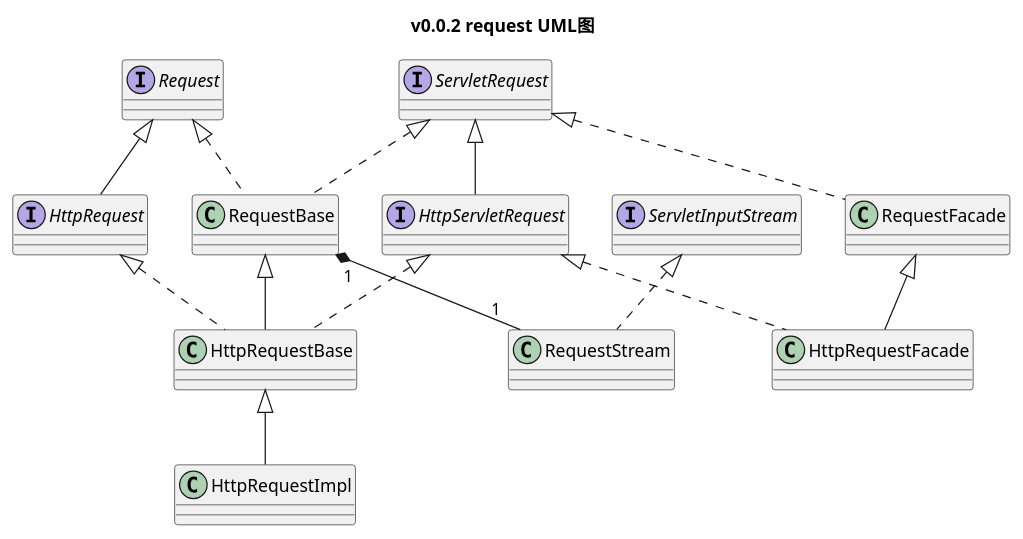
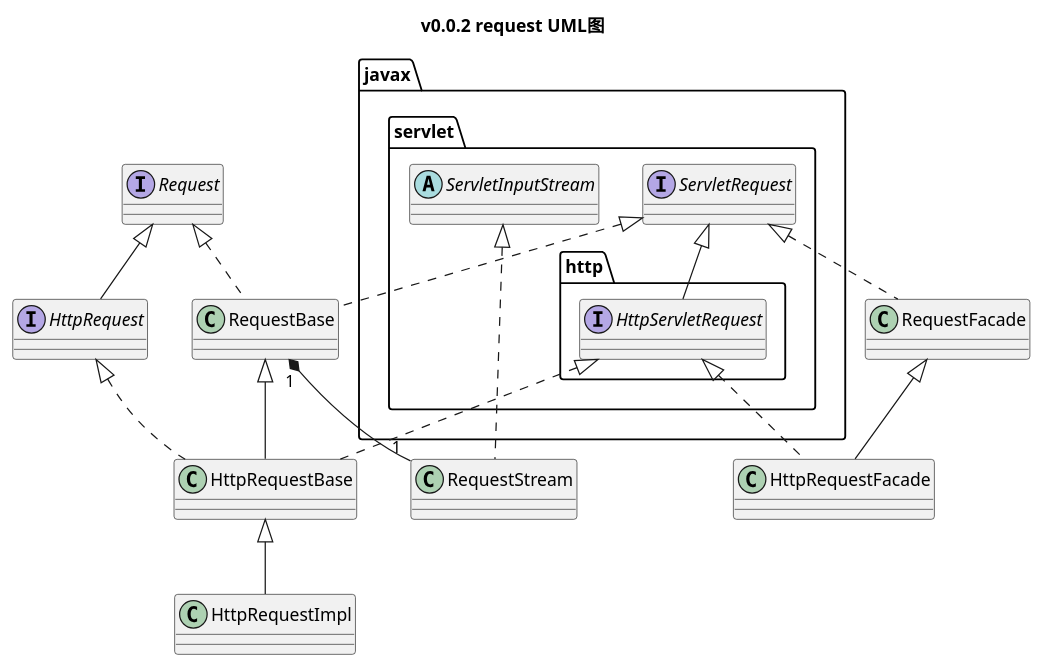
One commit to Executioner2/http-server changed the diagram in uml/v0.0.2/request.puml. Above: the diagram before and after it, drawn with PlantUML. The commit also changed 11 other files, not shown here.

```diff
--- a/uml/v0.0.2/request.puml
+++ b/uml/v0.0.2/request.puml
@@ -1,30 +1,30 @@
 @startuml
 
 title v0.0.2 request UML图
 interface Request
-interface ServletRequest
-interface HttpServletRequest
+interface javax.servlet.ServletRequest
+interface javax.servlet.http.HttpServletRequest
 interface HttpRequest
-interface ServletInputStream
+abstract class javax.servlet.ServletInputStream
 class RequestBase
 class HttpRequestBase
 class HttpRequestImpl
 class HttpRequestFacade
 class RequestFacade
 class RequestStream
 
 Request <|-- HttpRequest
-ServletRequest <|-- HttpServletRequest
+javax.servlet.ServletRequest <|-- javax.servlet.http.HttpServletRequest
 RequestBase <|-- HttpRequestBase
 HttpRequestBase <|-- HttpRequestImpl
 RequestFacade <|-- HttpRequestFacade
 Request <|.. RequestBase
-ServletRequest <|.. RequestBase
+javax.servlet.ServletRequest <|.. RequestBase
 HttpRequest <|.. HttpRequestBase
-HttpServletRequest <|.. HttpRequestBase
-ServletRequest <|.. RequestFacade
-HttpServletRequest <|.. HttpRequestFacade
-ServletInputStream <|.. RequestStream
+javax.servlet.http.HttpServletRequest <|.. HttpRequestBase
+javax.servlet.ServletRequest <|.. RequestFacade
+javax.servlet.http.HttpServletRequest <|.. HttpRequestFacade
+javax.servlet.ServletInputStream <|.. RequestStream
 RequestBase "1" *-- "1" RequestStream
 
 @enduml
```
